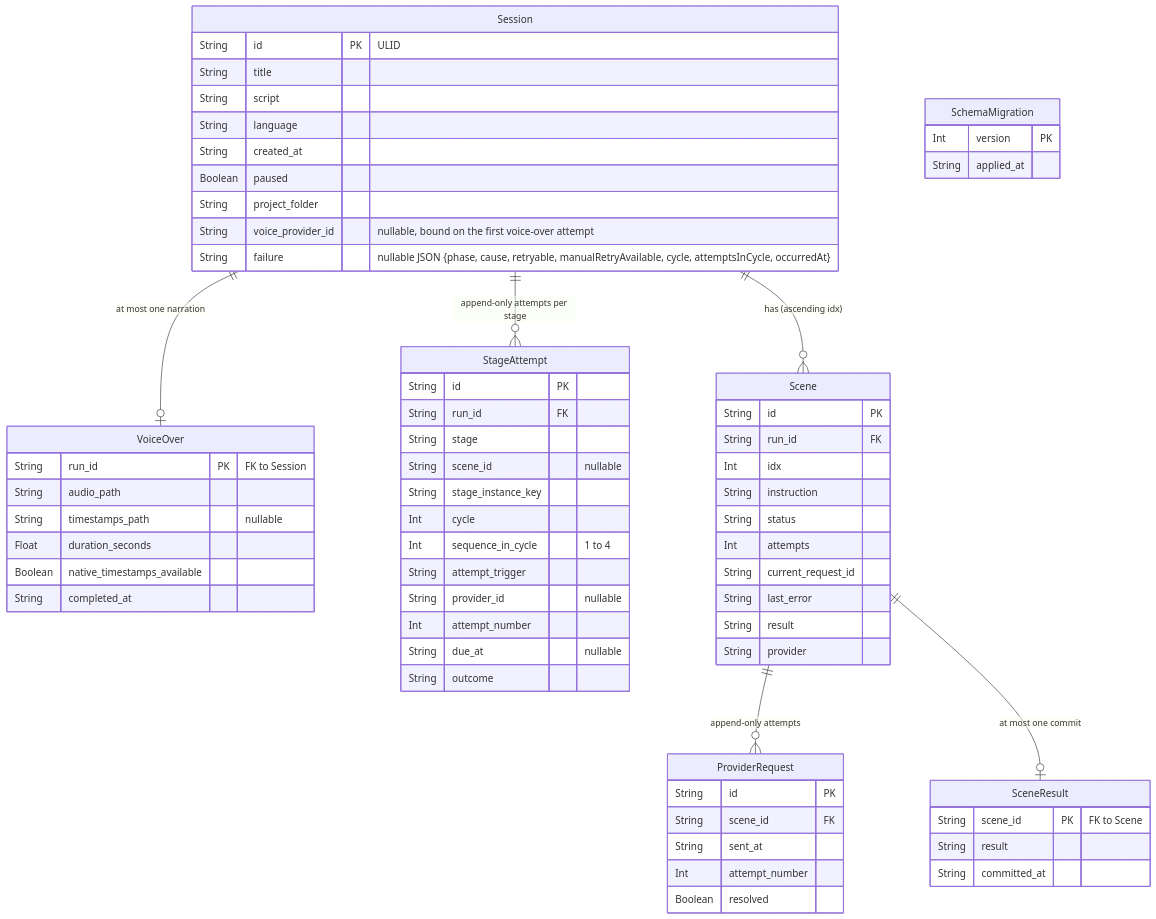
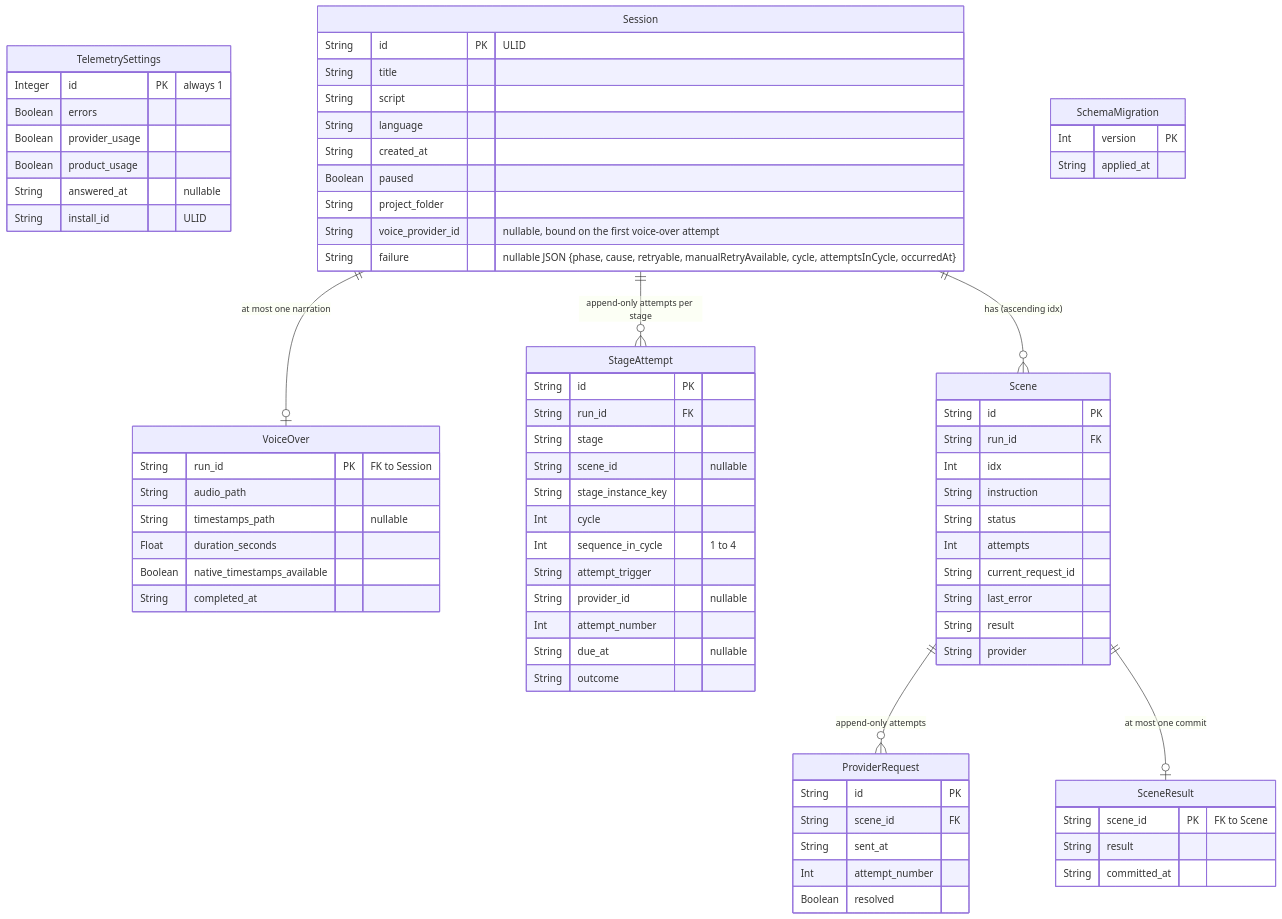
The diagram in docs/data-model.md (TonyMElguezabal/AI4Devs-finalproject), drawn with Mermaid before and after one commit. The commit also changed other lines of this file and 36 other files, not shown here.

````diff
--- a/docs/data-model.md
+++ b/docs/data-model.md
@@ -230,70 +240,78 @@
 ```mermaid
 erDiagram
+    TelemetrySettings {
+        Integer id PK "always 1"
+        Boolean errors
+        Boolean provider_usage
+        Boolean product_usage
+        String answered_at "nullable"
+        String install_id "ULID"
+    }
     Session {
         String id PK "ULID"
         String title
         String script
         String language
         String created_at
         Boolean paused
         String project_folder
         String voice_provider_id "nullable, bound on the first voice-over attempt"
         String failure "nullable JSON {phase, cause, retryable, manualRetryAvailable, cycle, attemptsInCycle, occurredAt}"
     }
     VoiceOver {
         String run_id PK "FK to Session"
         String audio_path
         String timestamps_path "nullable"
         Float duration_seconds
         Boolean native_timestamps_available
         String completed_at
     }
     StageAttempt {
         String id PK
         String run_id FK
         String stage
         String scene_id "nullable"
         String stage_instance_key
         Int cycle
         Int sequence_in_cycle "1 to 4"
         String attempt_trigger
         String provider_id "nullable"
         Int attempt_number
         String due_at "nullable"
         String outcome
     }
     Scene {
         String id PK
         String run_id FK
         Int idx
         String instruction
         String status
         Int attempts
         String current_request_id
         String last_error
         String result
         String provider
     }
     ProviderRequest {
         String id PK
         String scene_id FK
         String sent_at
         Int attempt_number
         Boolean resolved
     }
     SceneResult {
         String scene_id PK "FK to Scene"
         String result
         String committed_at
     }
     SchemaMigration {
         Int version PK
         String applied_at
     }
 
     Session ||--o{ Scene : "has (ascending idx)"
     Session ||--o| VoiceOver : "at most one narration"
     Session ||--o{ StageAttempt : "append-only attempts per stage"
     Scene ||--o{ ProviderRequest : "append-only attempts"
     Scene ||--o| SceneResult : "at most one commit"
 ```
````
